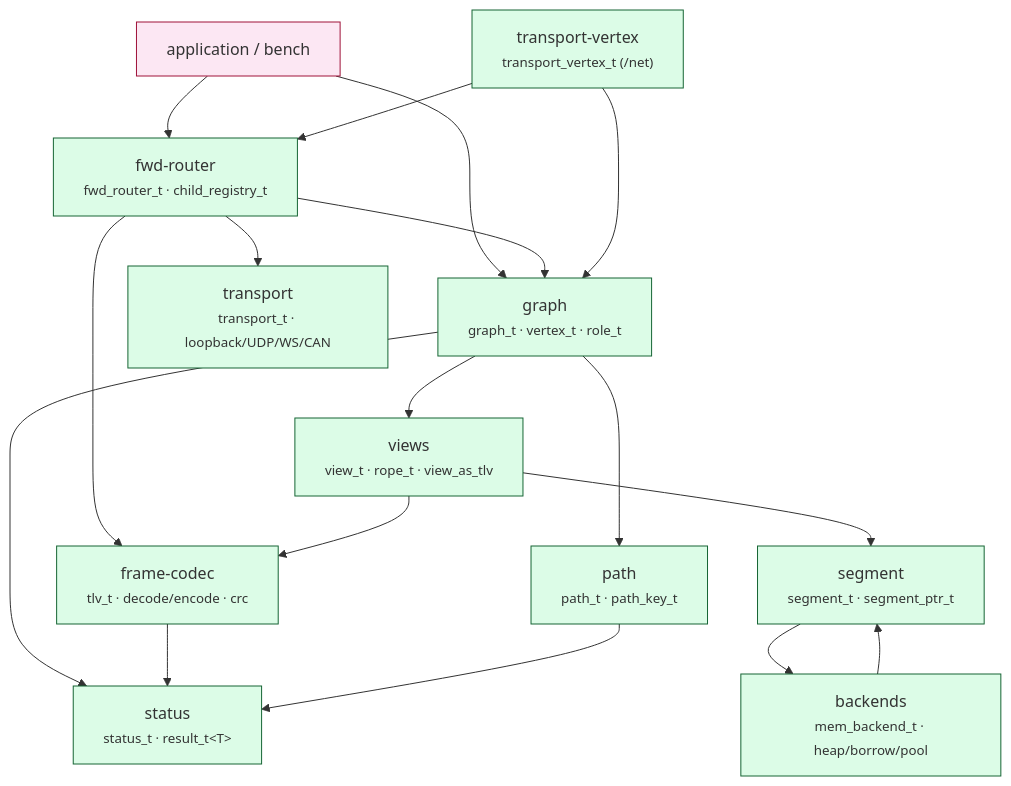
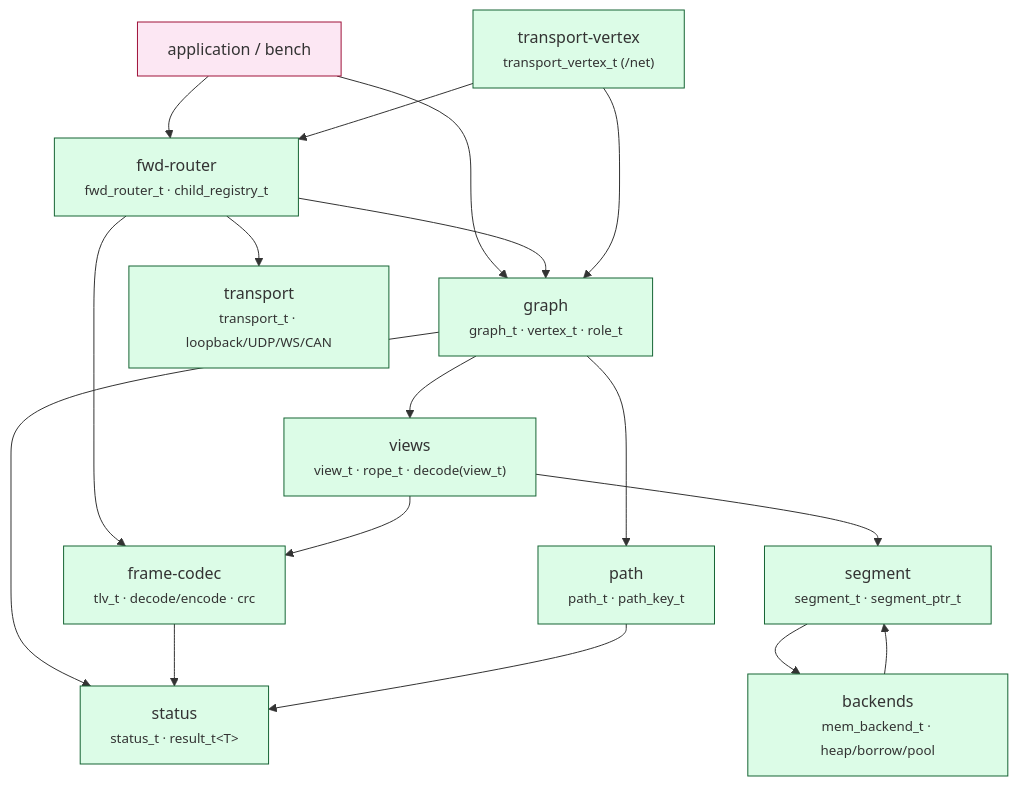
Before and after one commit to avatarsd-llc/libtracer: the first of 2 diagrams in docs/modules/interface-map.md, drawn with Mermaid. The commit also changed other lines of this file and 25 other files, not shown here.

First line of the commit message:
refactor(wire)!: fold view_as_tlv into a decode(view_t) overload

````diff
--- a/docs/modules/interface-map.md
+++ b/docs/modules/interface-map.md
@@ -10,35 +10,35 @@
 ```{mermaid}
 flowchart TD
     APP["application / bench"]:::app
     GRAPH["graph<br/><small>graph_t · vertex_t · role_t</small>"]
     PATH["path<br/><small>path_t · path_key_t</small>"]
     FWD["fwd-router<br/><small>fwd_router_t · child_registry_t</small>"]
     TVERT["transport-vertex<br/><small>transport_vertex_t (/net)</small>"]
     TRANSPORT["transport<br/><small>transport_t · loopback/UDP/WS/CAN</small>"]
     FRAME["frame-codec<br/><small>tlv_t · decode/encode · crc</small>"]
-    VIEWS["views<br/><small>view_t · rope_t · view_as_tlv</small>"]
+    VIEWS["views<br/><small>view_t · rope_t · decode(view_t)</small>"]
     SEG["segment<br/><small>segment_t · segment_ptr_t</small>"]
     BACK["backends<br/><small>mem_backend_t · heap/borrow/pool</small>"]
     STATUS["status<br/><small>status_t · result_t&lt;T&gt;</small>"]
 
     APP --> GRAPH
     APP --> FWD
     GRAPH --> PATH
     GRAPH --> VIEWS
     GRAPH --> STATUS
     FWD --> GRAPH
     FWD --> FRAME
     FWD --> TRANSPORT
     TVERT --> FWD
     TVERT --> GRAPH
     VIEWS --> FRAME
     VIEWS --> SEG
     FRAME --> STATUS
     SEG --> BACK
     BACK --> SEG
     PATH --> STATUS
 
     classDef app fill:#fce7f3,stroke:#9f1239;
     classDef done fill:#dcfce7,stroke:#166534;
     class GRAPH,PATH,FWD,TVERT,TRANSPORT,FRAME,VIEWS,SEG,BACK,STATUS done;
 ```
````
